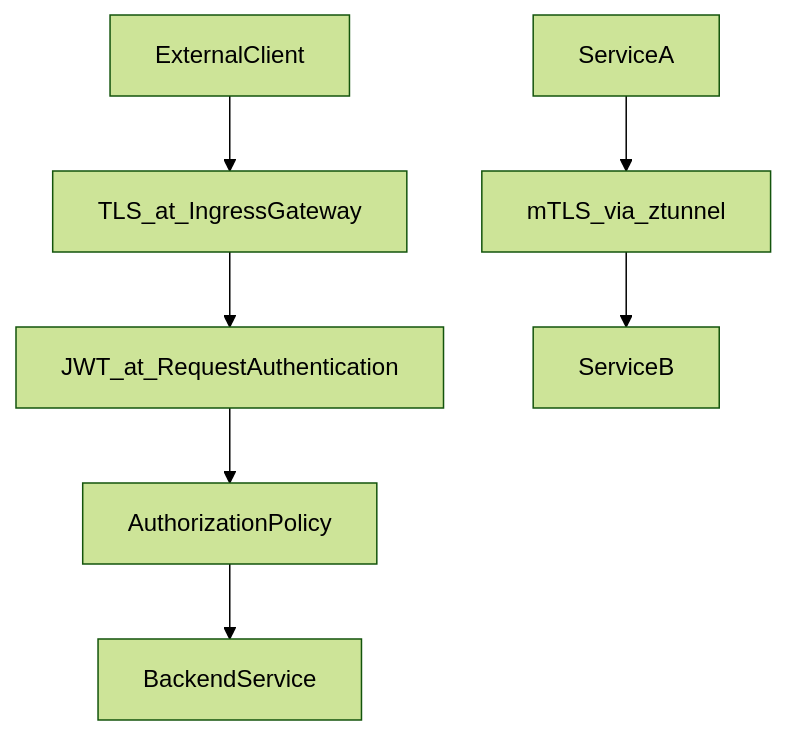
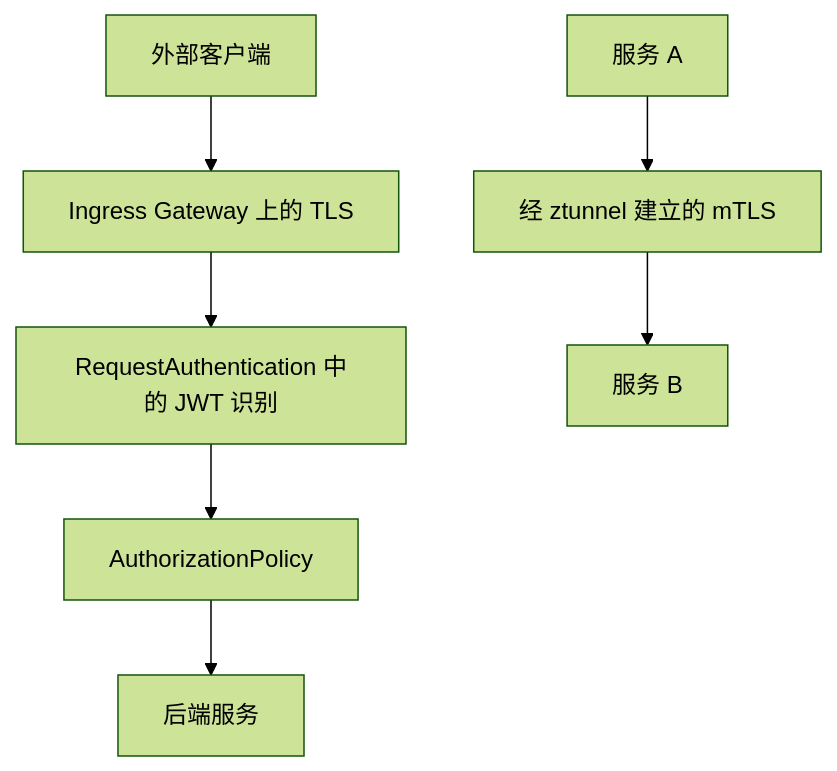
One commit to hwang-protocol/docker_k8s_2026 changed the second of 3 diagrams in k8s/05-security-and-zero-trust/docs/00_security_theory.md. Above: the diagram before and after it, drawn with Mermaid (forest theme). The commit also changed other lines of this file and 18 other files, not shown here.

````diff
--- a/k8s/05-security-and-zero-trust/docs/00_security_theory.md
+++ b/k8s/05-security-and-zero-trust/docs/00_security_theory.md
@@ -88,10 +88,10 @@
 ```mermaid
 flowchart TD
-    client[ExternalClient] --> tls[TLS_at_IngressGateway]
-    tls --> jwt[JWT_at_RequestAuthentication]
+    client[外部客户端] --> tls[Ingress Gateway 上的 TLS]
+    tls --> jwt[RequestAuthentication 中的 JWT 识别]
     jwt --> authz[AuthorizationPolicy]
-    authz --> service[BackendService]
+    authz --> service[后端服务]
 
-    serviceA[ServiceA] --> mtls[mTLS_via_ztunnel]
-    mtls --> serviceB[ServiceB]
+    serviceA[服务 A] --> mtls[经 ztunnel 建立的 mTLS]
+    mtls --> serviceB[服务 B]
 ```
````
